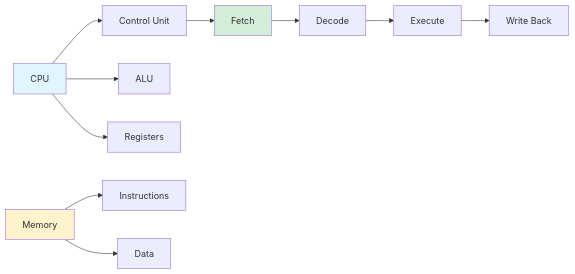
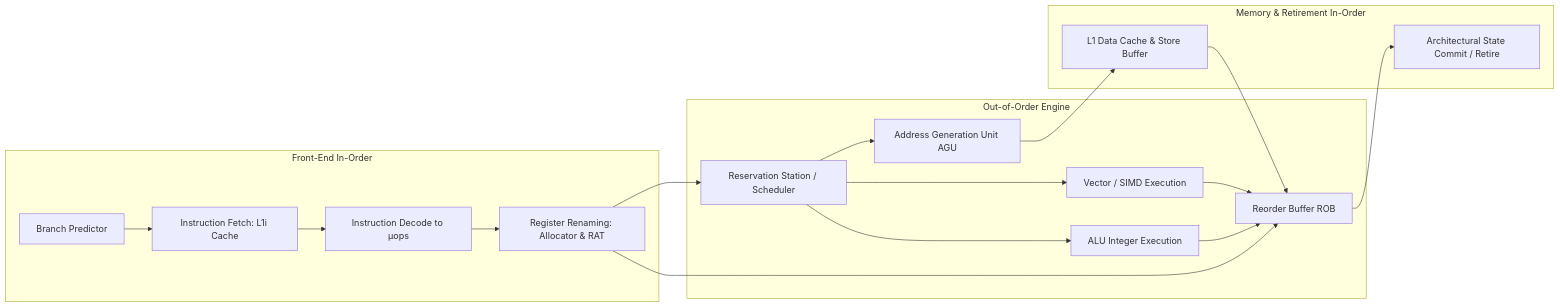
One commit to akillness/akillness.github.io changed the second of 2 diagrams in _posts/2024/05/2024-05-22-computer-programs-run.md. Above: the diagram before and after it, drawn with Mermaid. The commit also changed other lines of this file and 1 other file, not shown here.

````diff
--- a/_posts/2024/05/2024-05-22-computer-programs-run.md
+++ b/_posts/2024/05/2024-05-22-computer-programs-run.md
@@ -214,18 +146,24 @@
 ```mermaid
 graph LR
-    A[CPU] --> B[Control Unit]
-    A --> C[ALU]
-    A --> D[Registers]
-    
-    E[Memory] --> F[Instructions]
-    E --> G[Data]
-    
-    B --> H[Fetch]
-    H --> I[Decode]
-    I --> J[Execute]
-    J --> K[Write Back]
-    
-    style A fill:#e1f5ff
-    style E fill:#fff3cd
-    style H fill:#d4edda
+    subgraph Front-End In-Order
+        Branch[Branch Predictor] --> Fetch[Instruction Fetch: L1i Cache]
+        Fetch --> Decode[Instruction Decode to μops]
+        Decode --> Rename[Register Renaming: Allocator & RAT]
+    end
+
+    subgraph Out-of-Order Engine
+        Rename --> ROB[Reorder Buffer ROB]
+        Rename --> RS[Reservation Station / Scheduler]
+        RS --> ALU1[ALU Integer Execution]
+        RS --> ALU2[Vector / SIMD Execution]
+        RS --> AGU[Address Generation Unit AGU]
+    end
+
+    subgraph Memory & Retirement In-Order
+        AGU --> L1d[L1 Data Cache & Store Buffer]
+        ALU1 --> ROB
+        ALU2 --> ROB
+        L1d --> ROB
+        ROB --> Commit[Architectural State Commit / Retire]
+    end
 ```
````
